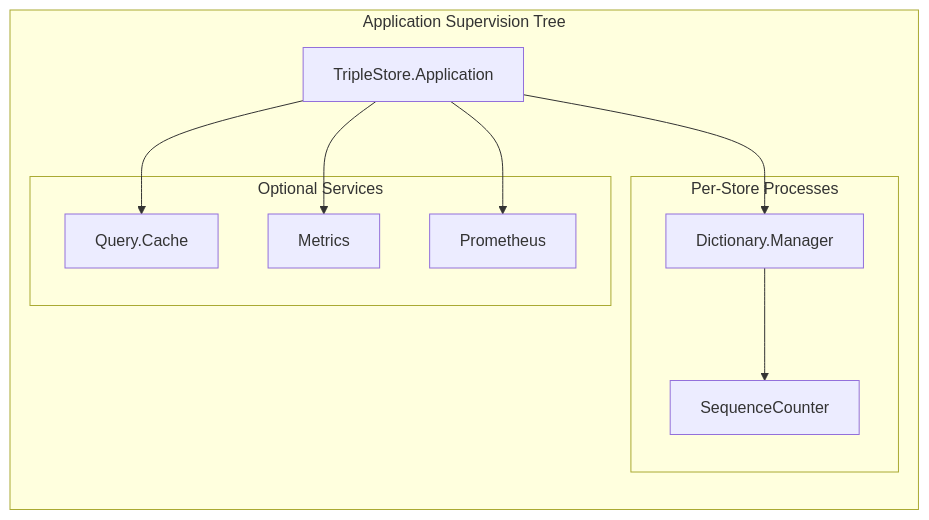
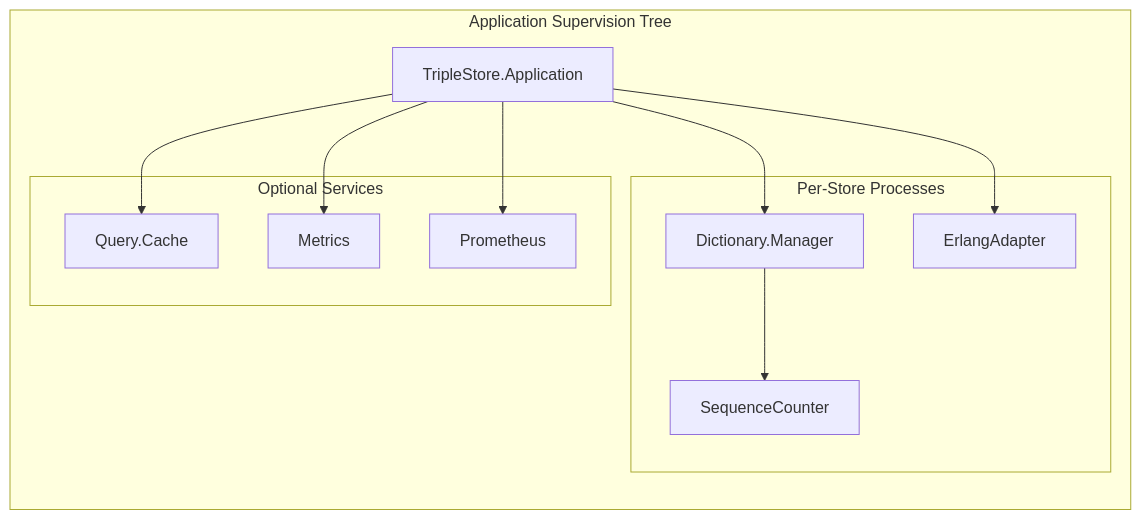
Before and after one commit to pcharbon70/triple_store: the fourth of 6 diagrams in guides/developer/00-architecture-overview.md, drawn with Mermaid. The commit also changed other lines of this file and 2 other files, not shown here.

First line of the commit message:
Update developer guides for erlang-rocksdb architecture

````diff
--- a/guides/developer/00-architecture-overview.md
+++ b/guides/developer/00-architecture-overview.md
@@ -177,23 +182,25 @@
 ```mermaid
 graph LR
     subgraph "Application Supervision Tree"
         APP[TripleStore.Application]
 
         subgraph "Per-Store Processes"
             DM[Dictionary.Manager]
             SC[SequenceCounter]
+            EA[ErlangAdapter]
         end
 
         subgraph "Optional Services"
             QC[Query.Cache]
             MET[Metrics]
             PROM[Prometheus]
         end
     end
 
     APP --> DM
     DM --> SC
+    APP --> EA
     APP --> QC
     APP --> MET
     APP --> PROM
 ```
````
